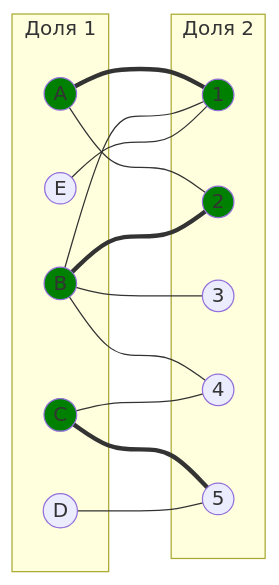
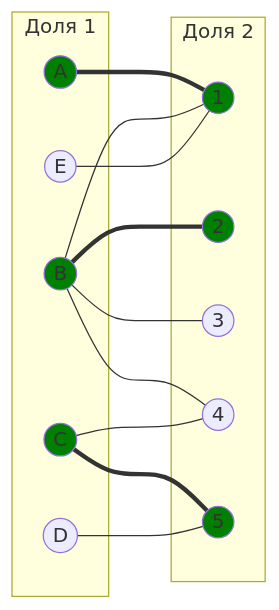
One commit to algos-ris-24-3/manual-tasks changed the fourth of 11 diagrams in Задание 8/syndicate.md. Above: the diagram before and after it, drawn with Mermaid. The commit also changed other lines of this file, not shown here.

````diff
--- a/Задание 8/syndicate.md
+++ b/Задание 8/syndicate.md
@@ -174,33 +176,33 @@
 ```mermaid
 graph LR
     subgraph "Доля 1"
         A((A))
         B((B))
         C((C))
         D((D))
         E((E))
     end
     subgraph "Доля 2"
         1((1))
         2((2))
         3((3))
         4((4))
         5((5))
     end
     A === 1
-    A --- 2
     B --- 1
     B === 2
     B --- 3
     B --- 4
     C --- 4
     C === 5
     D --- 5
     E --- 1
 
     style A fill:#008000
     style B fill:#008000
     style C fill:#008000
     style 1 fill:#008000
     style 2 fill:#008000
+    style 5 fill:#008000
 ```
````
